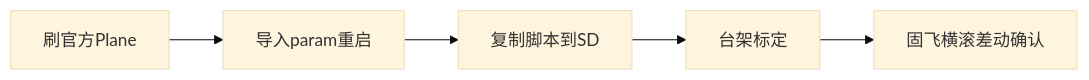
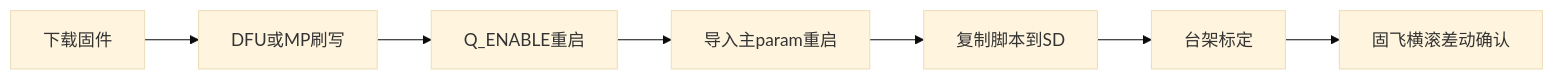
The diagram in docs/ardupilot-setup.md (witon/TiltrotorAircraft), drawn with Mermaid (base theme) before and after one commit. The commit also changed other lines of this file and 10 other files, not shown here.

````diff
--- a/docs/ardupilot-setup.md
+++ b/docs/ardupilot-setup.md
@@ -98,9 +121,11 @@
 ```mermaid
 flowchart LR
-  flash[刷官方Plane]
-  param[导入param重启]
+  download[下载固件]
+  flash[DFU或MP刷写]
+  qenable[Q_ENABLE重启]
+  param[导入主param重启]
   lua[复制脚本到SD]
   calib[台架标定]
   stick[固飞横滚差动确认]
-  flash --> param --> lua --> calib --> stick
+  download --> flash --> qenable --> param --> lua --> calib --> stick
 ```
````
